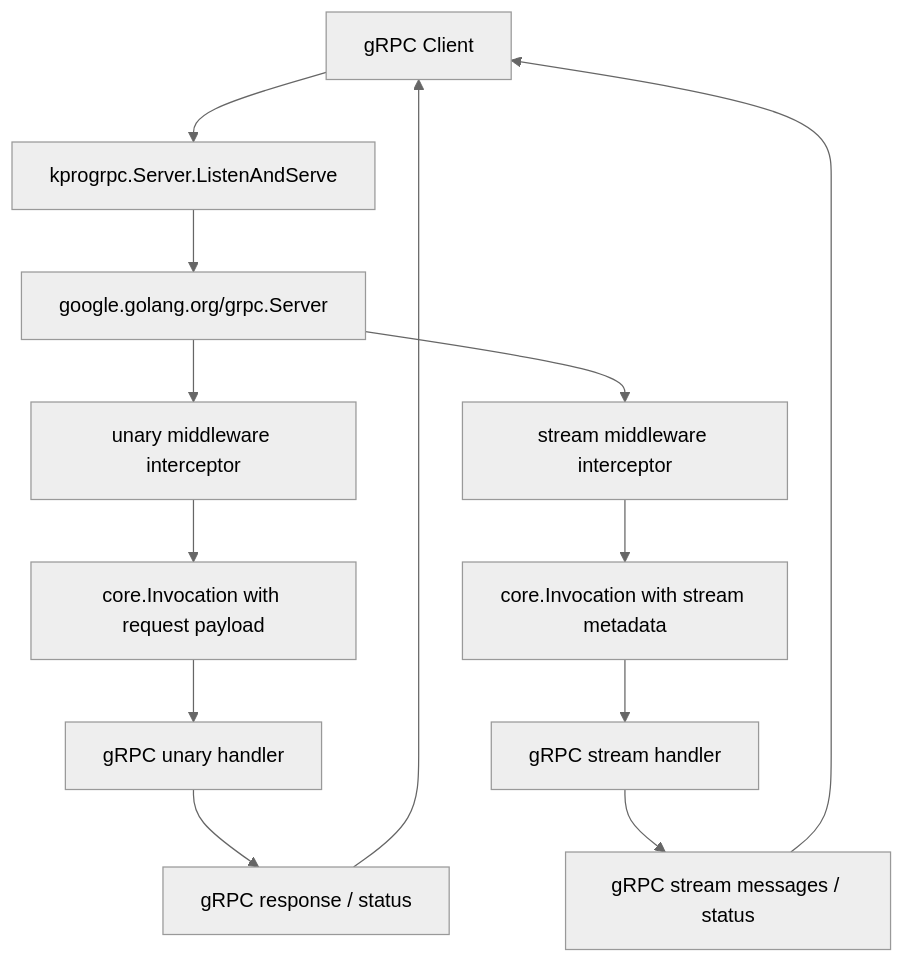
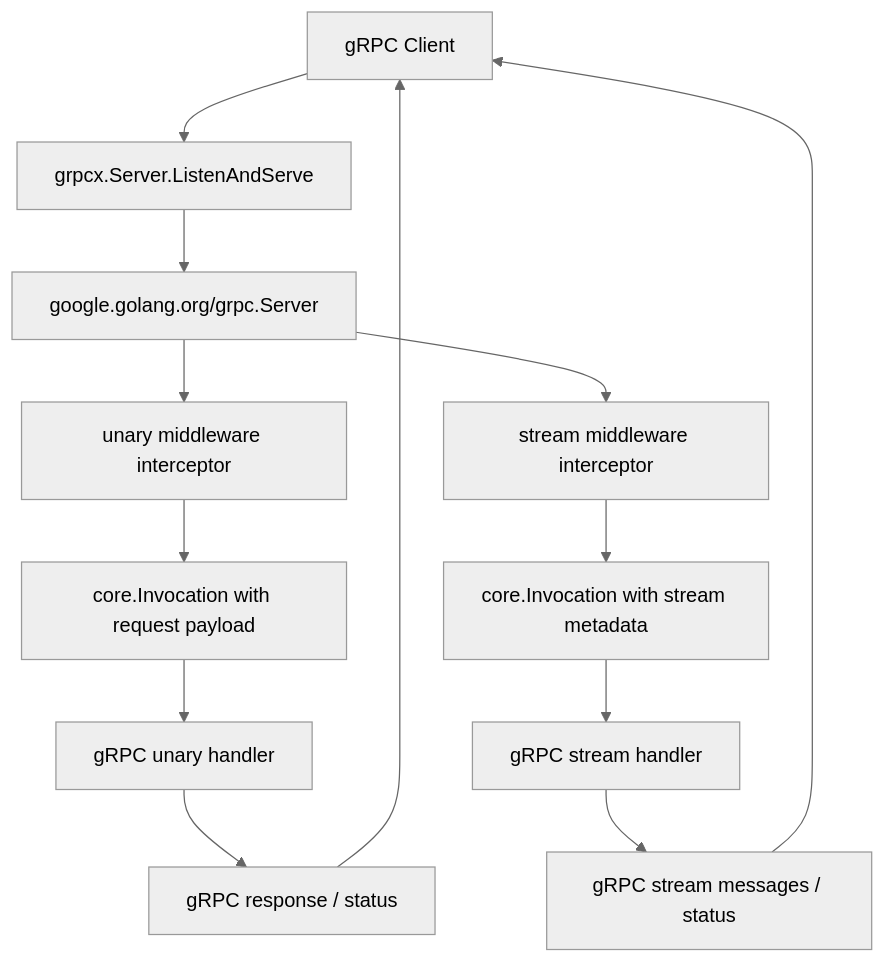
Before and after one commit to saramand9/kpro: the seventh of 8 diagrams in docs/call-flow.md, drawn with Mermaid (neutral theme). The commit also changed other lines of this file and 32 other files, not shown here.

````diff
--- a/docs/call-flow.md
+++ b/docs/call-flow.md
@@ -185,15 +185,15 @@
 ```mermaid
 flowchart TD
-    Client[gRPC Client] --> Listen[kprogrpc.Server.ListenAndServe]
+    Client[gRPC Client] --> Listen[grpcx.Server.ListenAndServe]
     Listen --> GRPCServer[google.golang.org/grpc.Server]
     GRPCServer --> UnaryInterceptor[unary middleware interceptor]
     GRPCServer --> StreamInterceptor[stream middleware interceptor]
     UnaryInterceptor --> UnaryContext[core.Invocation with request payload]
     StreamInterceptor --> StreamContext[core.Invocation with stream metadata]
     UnaryContext --> ServiceHandler[gRPC unary handler]
     StreamContext --> StreamHandler[gRPC stream handler]
     ServiceHandler --> Response[gRPC response / status]
     StreamHandler --> StreamResponse[gRPC stream messages / status]
     Response --> Client
     StreamResponse --> Client
 ```
````
